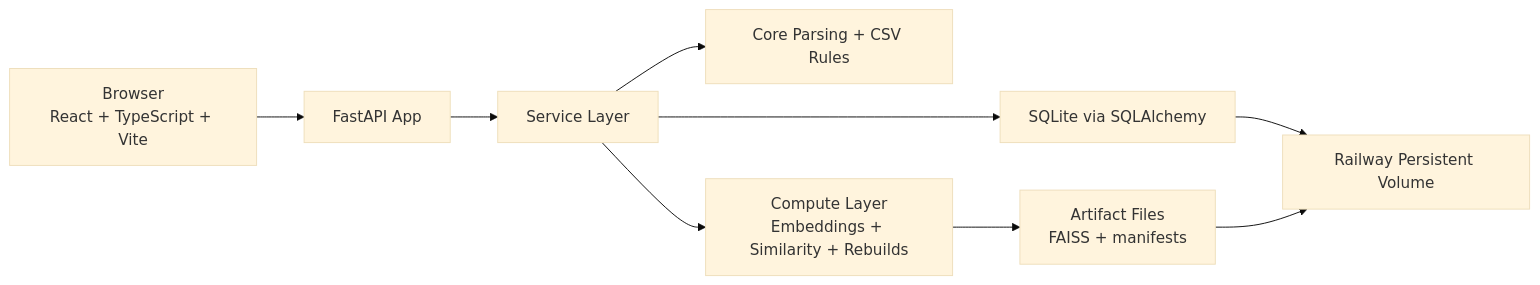
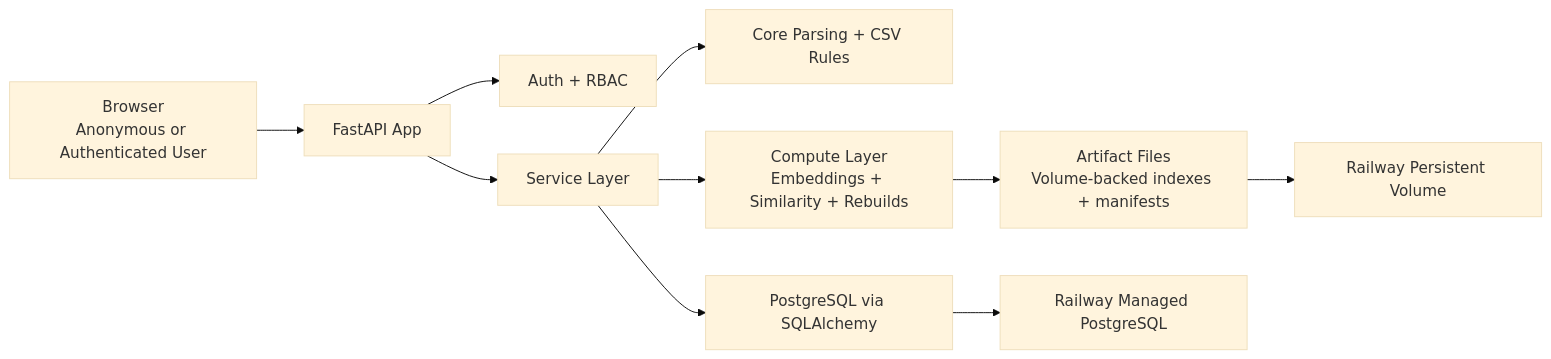
One commit to alterfero/marawa-prototype changed the diagram in docs/architecture.md. Above: the diagram before and after it, drawn with Mermaid (base theme). The commit also changed other lines of this file and 78 other files, not shown here.

````diff
--- a/docs/architecture.md
+++ b/docs/architecture.md
@@ -14,11 +17,12 @@
 ```mermaid
 flowchart LR
-    Browser["Browser<br/>React + TypeScript + Vite"] --> API["FastAPI App"]
+    Browser["Browser<br/>Anonymous or Authenticated User"] --> API["FastAPI App"]
+    API --> AUTH["Auth + RBAC"]
     API --> SVC["Service Layer"]
     SVC --> CORE["Core Parsing + CSV Rules"]
-    SVC --> DB["SQLite via SQLAlchemy"]
+    SVC --> DB["PostgreSQL via SQLAlchemy"]
     SVC --> COMP["Compute Layer<br/>Embeddings + Similarity + Rebuilds"]
-    COMP --> ART["Artifact Files<br/>FAISS + manifests"]
-    DB --> VOL["Railway Persistent Volume"]
-    ART --> VOL
+    COMP --> ART["Artifact Files<br/>Volume-backed indexes + manifests"]
+    DB --> PG["Railway Managed PostgreSQL"]
+    ART --> VOL["Railway Persistent Volume"]
 ```
````
